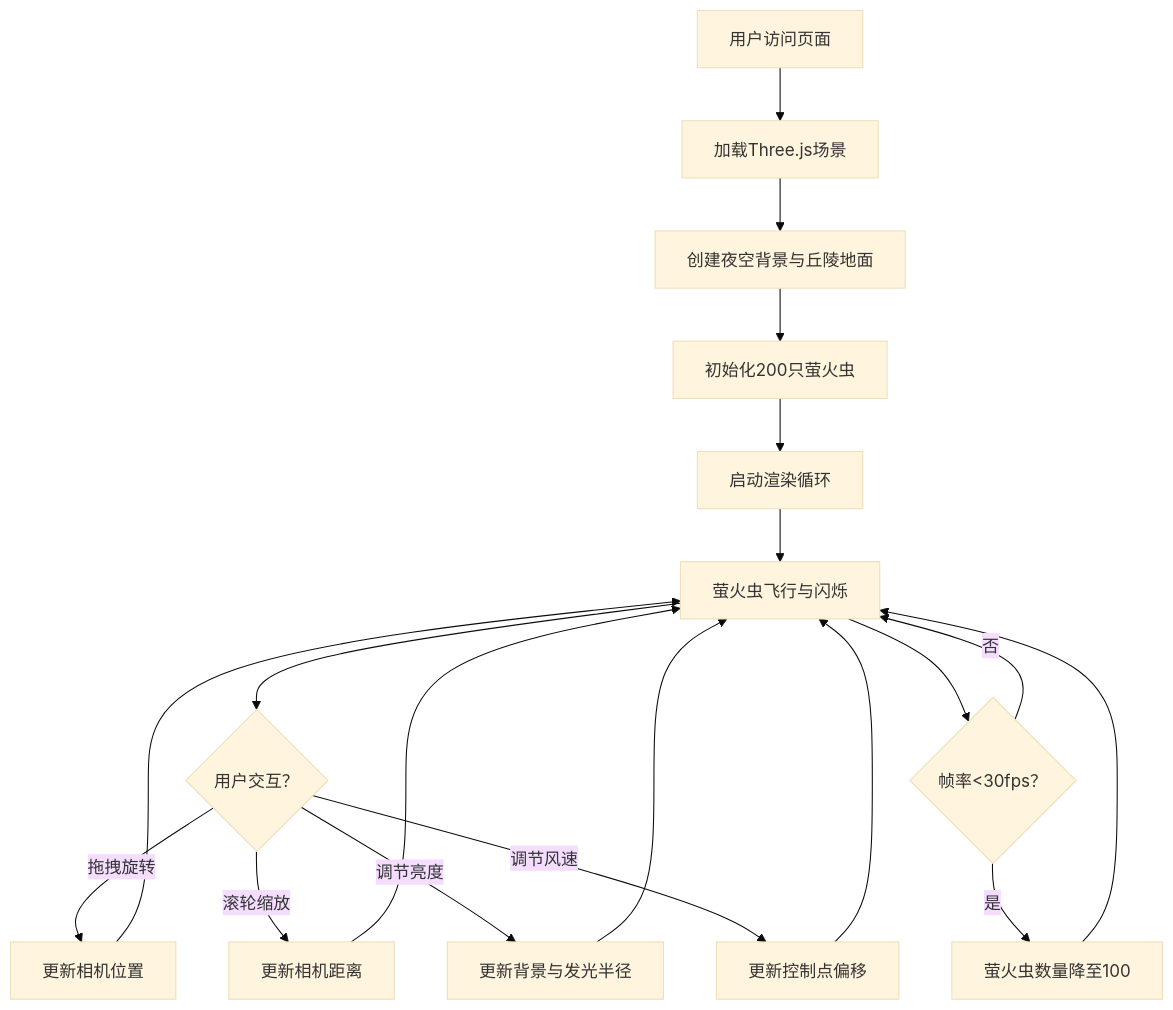
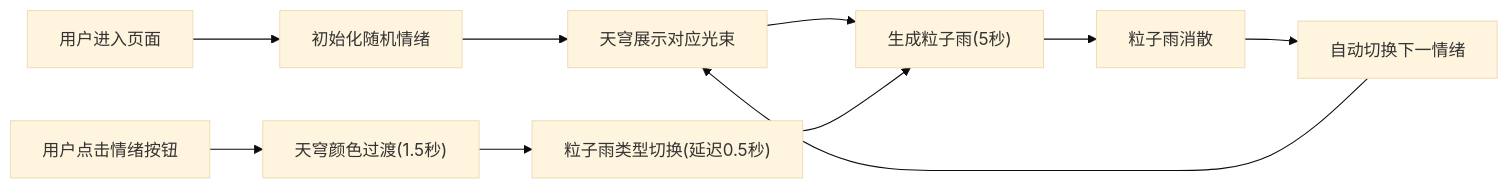
Before and after one commit to SChen0447/solo: the diagram in cp1_6.9_auto93/.trae/documents/PRD.md, drawn with Mermaid (base theme). The commit also changed other lines of this file and 10 other files, not shown here.

````diff
--- a/cp1_6.9_auto93/.trae/documents/PRD.md
+++ b/cp1_6.9_auto93/.trae/documents/PRD.md
@@ -40,21 +26,12 @@
 ```mermaid
-flowchart TD
-    A["用户访问页面"] --> B["加载Three.js场景"]
-    B --> C["创建夜空背景与丘陵地面"]
-    C --> D["初始化200只萤火虫"]
-    D --> E["启动渲染循环"]
-    E --> F["萤火虫飞行与闪烁"]
-    F --> G{"用户交互？"}
-    G -->|拖拽旋转| H["更新相机位置"]
-    G -->|滚轮缩放| I["更新相机距离"]
-    G -->|调节亮度| J["更新背景与发光半径"]
-    G -->|调节风速| K["更新控制点偏移"]
-    H --> F
-    I --> F
-    J --> F
-    K --> F
-    F --> L{"帧率<30fps？"}
-    L -->|是| M["萤火虫数量降至100"]
-    L -->|否| F
-    M --> F
+flowchart LR
+    A["用户进入页面"] --> B["初始化随机情绪"]
+    B --> C["天穹展示对应光束"]
+    C --> D["生成粒子雨(5秒)"]
+    D --> E["粒子雨消散"]
+    E --> F["自动切换下一情绪"]
+    F --> C
+    G["用户点击情绪按钮"] --> H["天穹颜色过渡(1.5秒)"]
+    H --> I["粒子雨类型切换(延迟0.5秒)"]
+    I --> D
 ```
````
